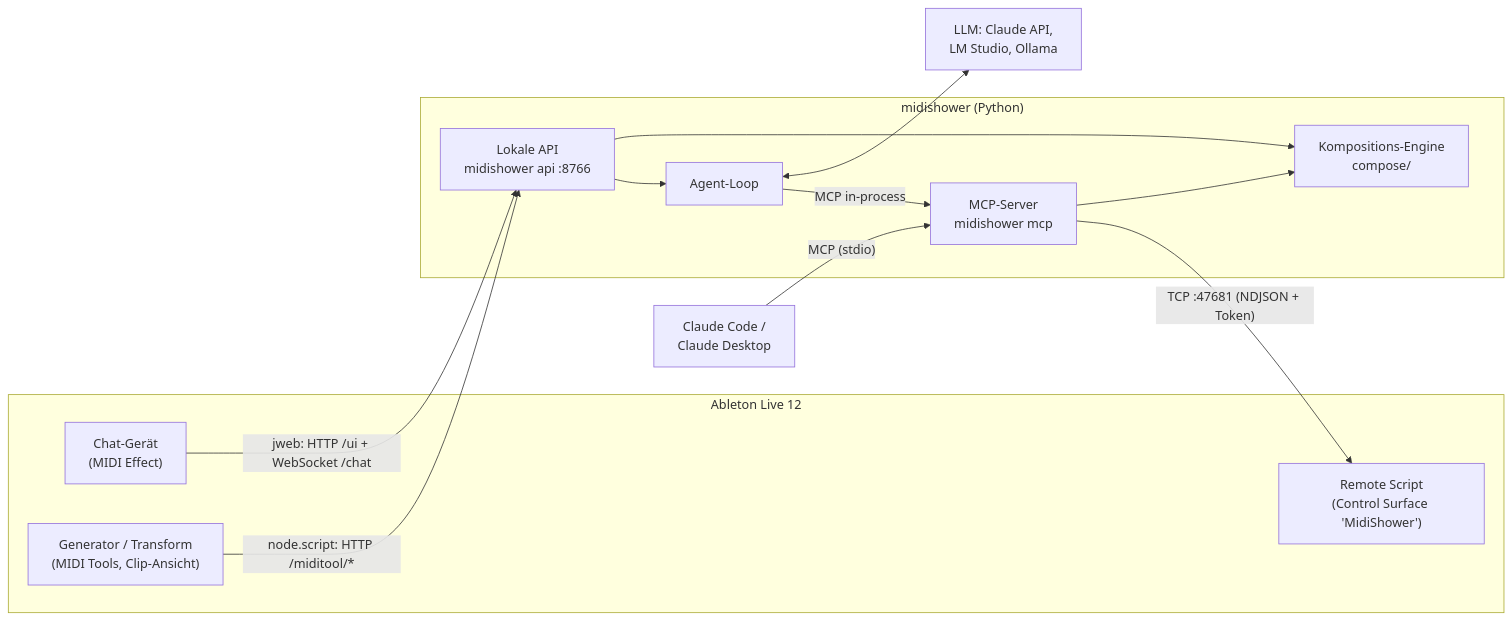
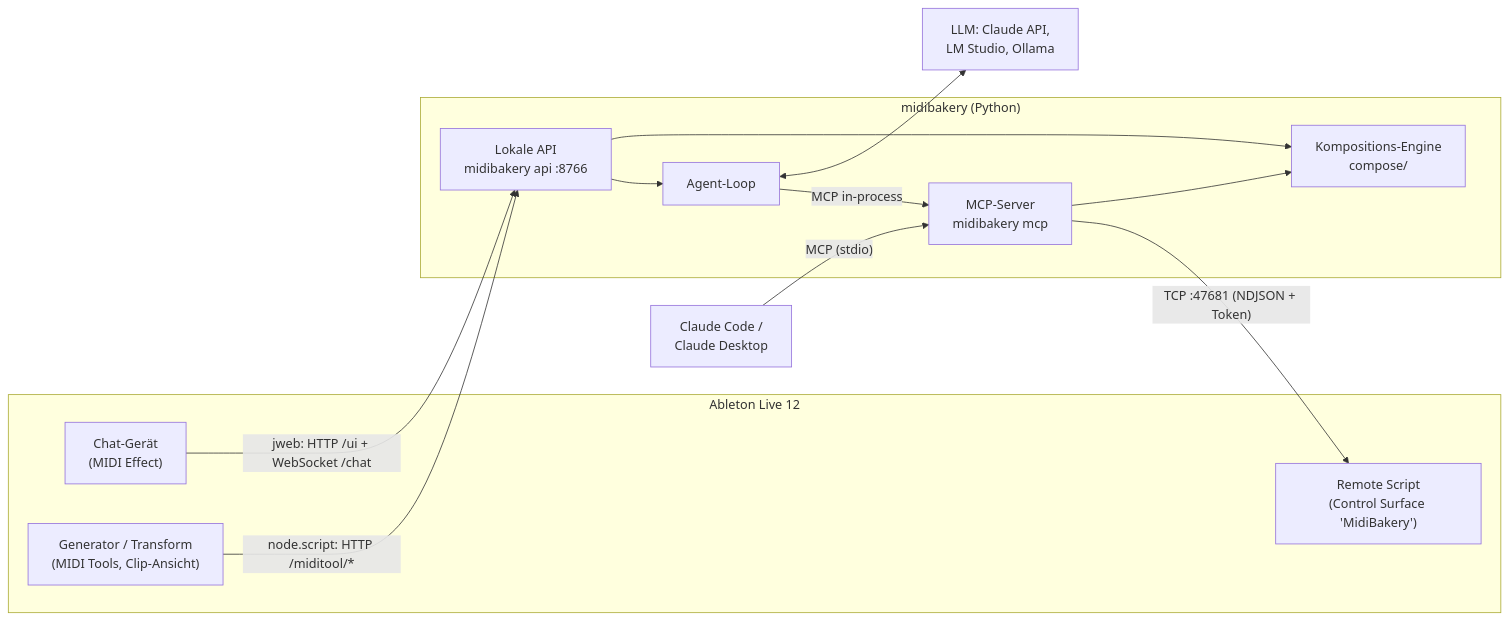
The diagram in docs/ARCHITEKTUR.md (markus-fischbacher/MidiBakery), drawn with Mermaid before and after one commit. The commit also changed other lines of this file and 111 other files, not shown here.

First line of the commit message:
Rename MidiShower to MidiBakery, a tool by Klirrwerk

````diff
--- a/docs/ARCHITEKTUR.md
+++ b/docs/ARCHITEKTUR.md
@@ -12,26 +12,26 @@
 ```mermaid
 flowchart LR
   subgraph Live["Ableton Live 12"]
-    RS["Remote Script<br/>(Control Surface 'MidiShower')"]
+    RS["Remote Script<br/>(Control Surface 'MidiBakery')"]
     CHAT["Chat-Gerät<br/>(MIDI Effect)"]
     TOOLS["Generator / Transform<br/>(MIDI Tools, Clip-Ansicht)"]
   end
-  subgraph Core["midishower (Python)"]
-    MCP["MCP-Server<br/>midishower mcp"]
-    API["Lokale API<br/>midishower api :8766"]
+  subgraph Core["midibakery (Python)"]
+    MCP["MCP-Server<br/>midibakery mcp"]
+    API["Lokale API<br/>midibakery api :8766"]
     AGENT["Agent-Loop"]
     ENGINE["Kompositions-Engine<br/>compose/"]
   end
   CC["Claude Code /<br/>Claude Desktop"]
   LLM["LLM: Claude API,<br/>LM Studio, Ollama"]
 
   CC -- "MCP (stdio)" --> MCP
   MCP -- "TCP :47681 (NDJSON + Token)" --> RS
   CHAT -- "jweb: HTTP /ui + WebSocket /chat" --> API
   API --> AGENT
   AGENT -- "MCP in-process" --> MCP
   AGENT <--> LLM
   TOOLS -- "node.script: HTTP /miditool/*" --> API
   API --> ENGINE
   MCP --> ENGINE
 ```
````
